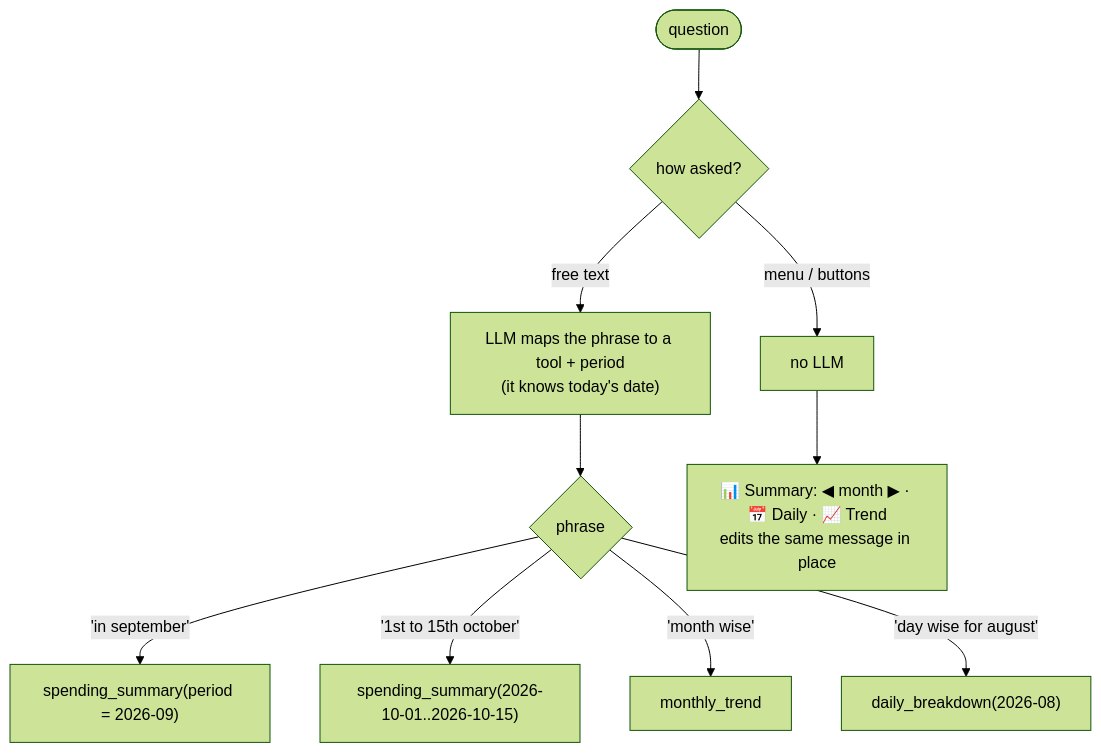
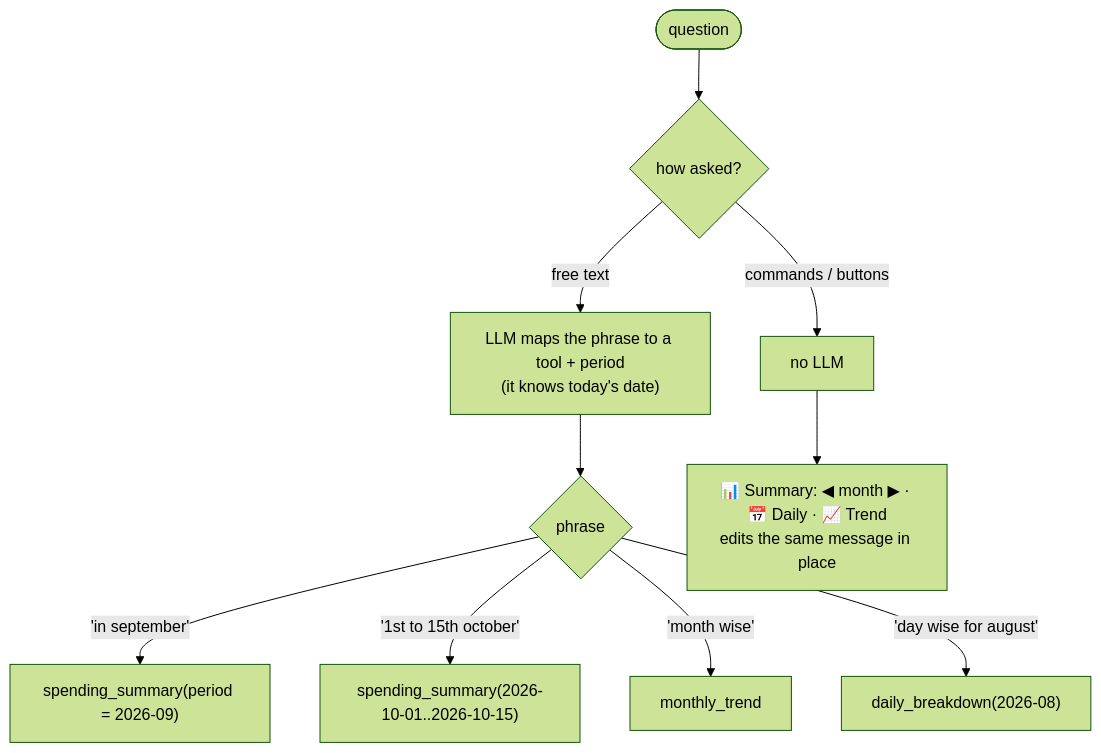
One commit to yeturu-surya-fission/Expense_Tracker changed diagram 13 of 13 in docs/FLOWS.md. Above: the diagram before and after it, drawn with Mermaid (forest theme). The commit also changed other lines of this file and 7 other files, not shown here.

````diff
--- a/docs/FLOWS.md
+++ b/docs/FLOWS.md
@@ -315,12 +344,12 @@
 ```mermaid
 flowchart TD
     Q(["question"]) --> HOW{"how asked?"}
-    HOW -->|"menu / buttons"| BTN["no LLM"]
+    HOW -->|"commands / buttons"| BTN["no LLM"]
     HOW -->|"free text"| LLM["LLM maps the phrase to a tool + period<br/>(it knows today's date)"]
     LLM --> MAP{"phrase"}
     MAP -->|"'in september'"| P1["spending_summary(period = 2026-09)"]
     MAP -->|"'1st to 15th october'"| P2["spending_summary(2026-10-01..2026-10-15)"]
     MAP -->|"'month wise'"| P3["monthly_trend"]
     MAP -->|"'day wise for august'"| P4["daily_breakdown(2026-08)"]
     BTN --> NAV["📊 Summary: ◀ month ▶ · 📅 Daily · 📈 Trend<br/>edits the same message in place"]
 ```
````
